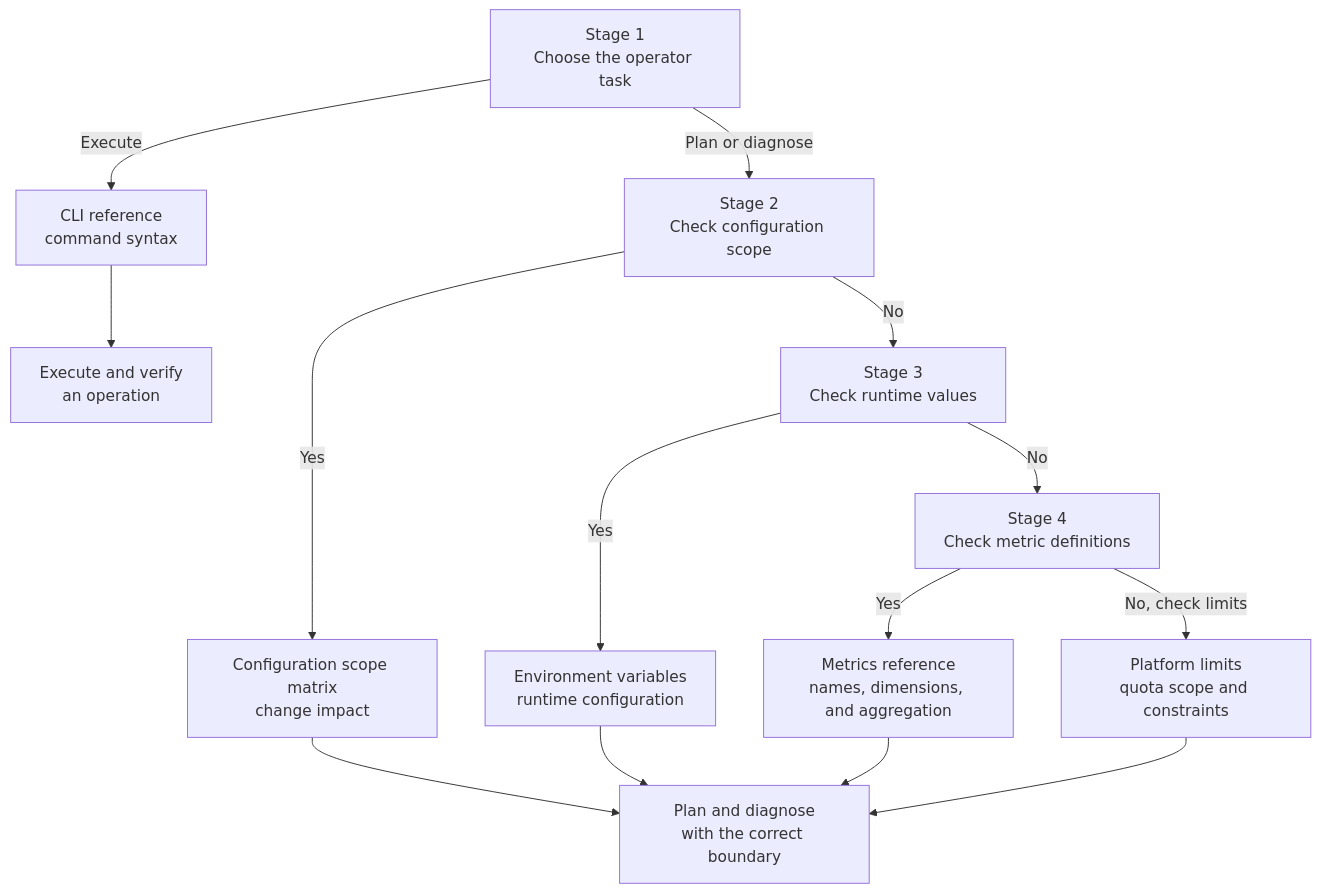
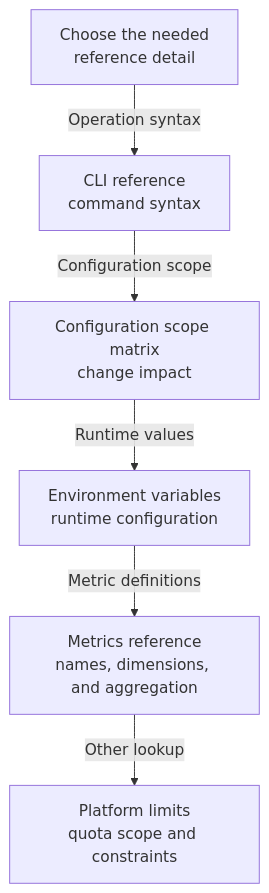
Before and after one commit to yeongseon/azure-container-apps-practical-guide: the diagram in docs/reference/index.md, drawn with Mermaid. The commit also changed other lines of this file, not shown here.

Commit message:
fix(diagrams): restore reference navigation flow

````diff
--- a/docs/reference/index.md
+++ b/docs/reference/index.md
@@ -27,31 +27,18 @@
 ```mermaid
 flowchart TD
     accTitle: Choose a Container Apps reference by operator question
-    accDescr: First decide whether you need to execute an operation or plan and diagnose. The execute branch leads to CLI syntax. The planning branch uses binary questions to separate change scope, runtime configuration, metrics, and platform limits, preserving all five reference destinations in a narrow staged flow.
+    accDescr: Scan the narrow reference path from operation syntax through configuration scope, runtime values, metric definitions, and platform limits. Stop at the first destination that matches the information you need.
 
-    QUESTION["Stage 1<br/>Choose the operator task"]
-    SCOPE_CHECK["Stage 2<br/>Check configuration scope"]
-    RUNTIME_CHECK["Stage 3<br/>Check runtime values"]
-    METRIC_CHECK["Stage 4<br/>Check metric definitions"]
+    START["Choose the needed<br/>reference detail"]
     CLI[CLI reference<br/>command syntax]
     SCOPE[Configuration scope matrix<br/>change impact]
     ENV[Environment variables<br/>runtime configuration]
     METRICS[Metrics reference<br/>names, dimensions, and aggregation]
     LIMITS[Platform limits<br/>quota scope and constraints]
-    EXECUTE[Execute and verify<br/>an operation]
-    PLAN[Plan and diagnose<br/>with the correct boundary]
 
-    QUESTION -->|Execute| CLI
-    QUESTION -->|Plan or diagnose| SCOPE_CHECK
-    SCOPE_CHECK -->|Yes| SCOPE
-    SCOPE_CHECK -->|No| RUNTIME_CHECK
-    RUNTIME_CHECK -->|Yes| ENV
-    RUNTIME_CHECK -->|No| METRIC_CHECK
-    METRIC_CHECK -->|Yes| METRICS
-    METRIC_CHECK -->|No, check limits| LIMITS
-    CLI --> EXECUTE
-    SCOPE --> PLAN
-    ENV --> PLAN
-    METRICS --> PLAN
-    LIMITS --> PLAN
+    START -->|Operation syntax| CLI
+    CLI -->|Configuration scope| SCOPE
+    SCOPE -->|Runtime values| ENV
+    ENV -->|Metric definitions| METRICS
+    METRICS -->|Other lookup| LIMITS
 ```
````
